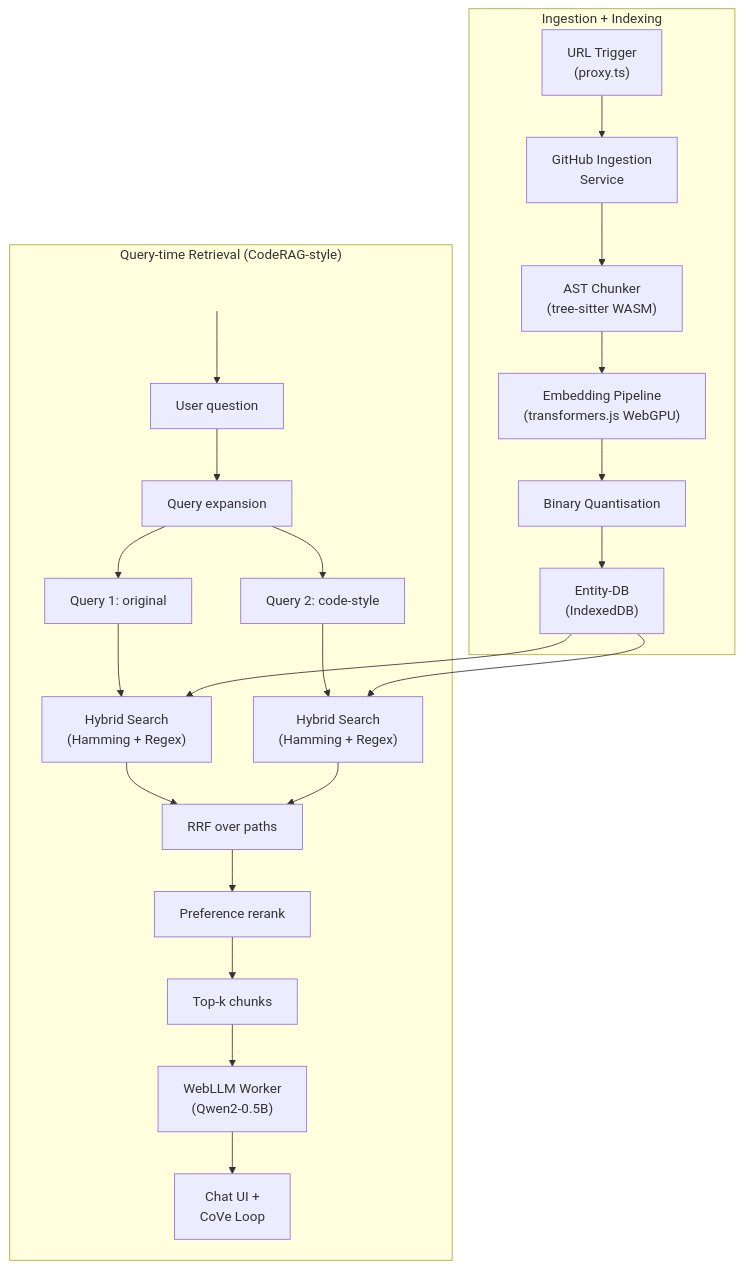
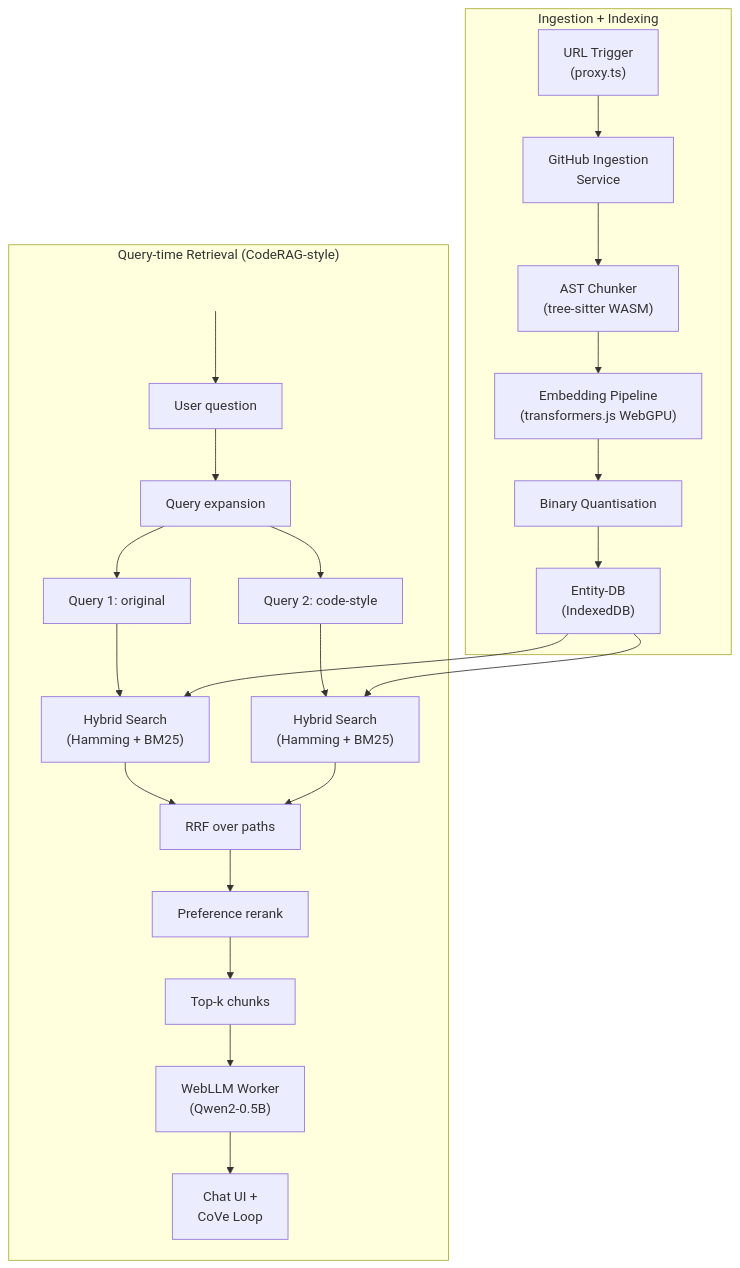
The diagram in README.md (FloareDor/gitask), drawn with Mermaid before and after one commit. The commit also changed other lines of this file, not shown here.

````diff
--- a/README.md
+++ b/README.md
@@ -9,29 +28,29 @@
 ```mermaid
 flowchart TB
   subgraph Build["Ingestion + Indexing"]
     A["URL Trigger<br/>(proxy.ts)"] --> B["GitHub Ingestion<br/>Service"]
     B --> C["AST Chunker<br/>(tree-sitter WASM)"]
     C --> D["Embedding Pipeline<br/>(transformers.js WebGPU)"]
     D --> E["Binary Quantisation"]
     E --> F["Entity-DB<br/>(IndexedDB)"]
   end
 
   subgraph Query["Query-time Retrieval (CodeRAG-style)"]
     SP[" "]
     SP --> Q["User question"]
     Q --> QE["Query expansion"]
     QE --> Q1["Query 1: original"]
     QE --> Q2["Query 2: code-style"]
-    Q1 --> H1["Hybrid Search<br/>(Hamming + Regex)"]
-    Q2 --> H2["Hybrid Search<br/>(Hamming + Regex)"]
+    Q1 --> H1["Hybrid Search<br/>(Hamming + BM25)"]
+    Q2 --> H2["Hybrid Search<br/>(Hamming + BM25)"]
     F --> H1
     F --> H2
     H1 --> RRF["RRF over paths"]
     H2 --> RRF
     RRF --> Pref["Preference rerank"]
     Pref --> Top["Top-k chunks"]
     Top --> I["WebLLM Worker<br/>(Qwen2-0.5B)"]
     I --> J["Chat UI +<br/>CoVe Loop"]
     style SP fill:transparent,stroke:transparent,color:transparent
   end
 ```
````
